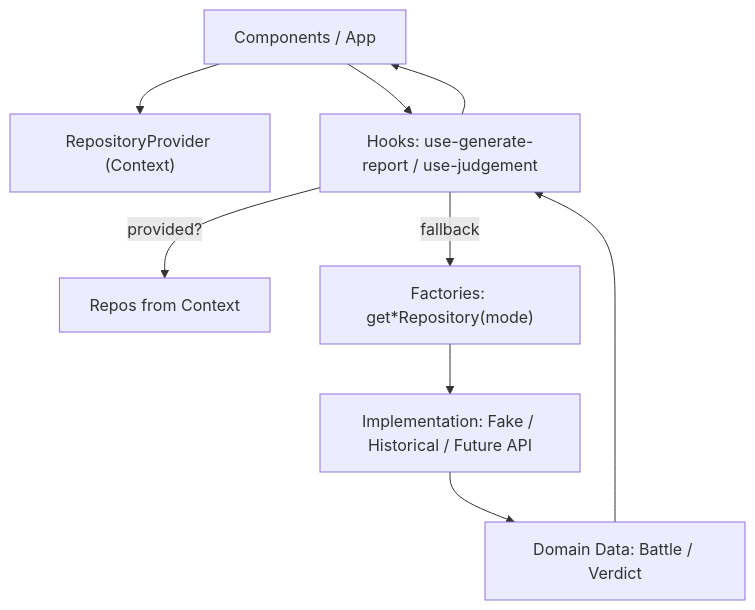
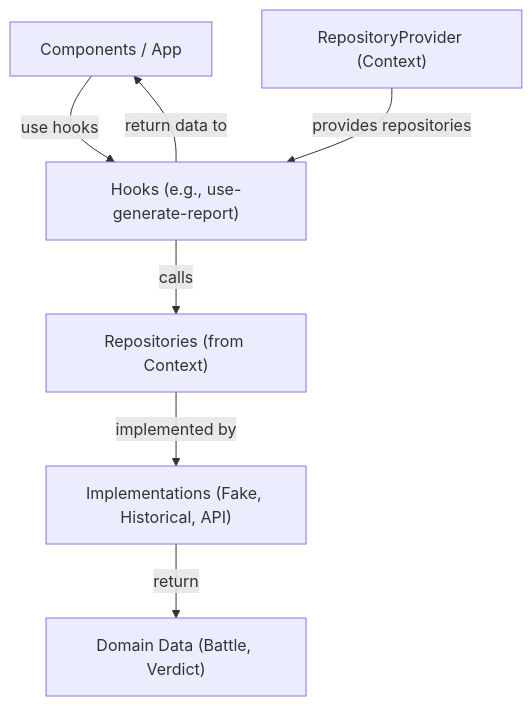
One commit to F88/yonokomae changed the first of 3 diagrams in docs/DEVELOPMENT_EN.md. Above: the diagram before and after it, drawn with Mermaid. The commit also changed other lines of this file and 1 other file, not shown here.

````diff
--- a/docs/DEVELOPMENT_EN.md
+++ b/docs/DEVELOPMENT_EN.md
@@ -115,19 +40,9 @@
 ```mermaid
 flowchart TD
-  A["Components / App"]
-  B["RepositoryProvider (Context)"]
-  C["Hooks: use-generate-report / use-judgement"]
-  D["Repos from Context"]
-  E["Factories: get*Repository(mode)"]
-  F["Implementation: Fake / Historical / Future API"]
-  G["Domain Data: Battle / Verdict"]
-
-  A --> B
-  A --> C
-  C -->|provided?| D
-  C -->|fallback| E
-  E --> F
-  F --> G
-  G --> C
-  C --> A
+    A["Components / App"] -- "use hooks" --> C["Hooks (e.g., use-generate-report)"]
+    B["RepositoryProvider (Context)"] -- "provides repositories" --> C
+    C -- "calls" --> D["Repositories (from Context)"]
+    D -- "implemented by" --> F["Implementations (Fake, Historical, API)"]
+    F -- "return" --> G["Domain Data (Battle, Verdict)"]
+    C -- "return data to" --> A
 ```
````
